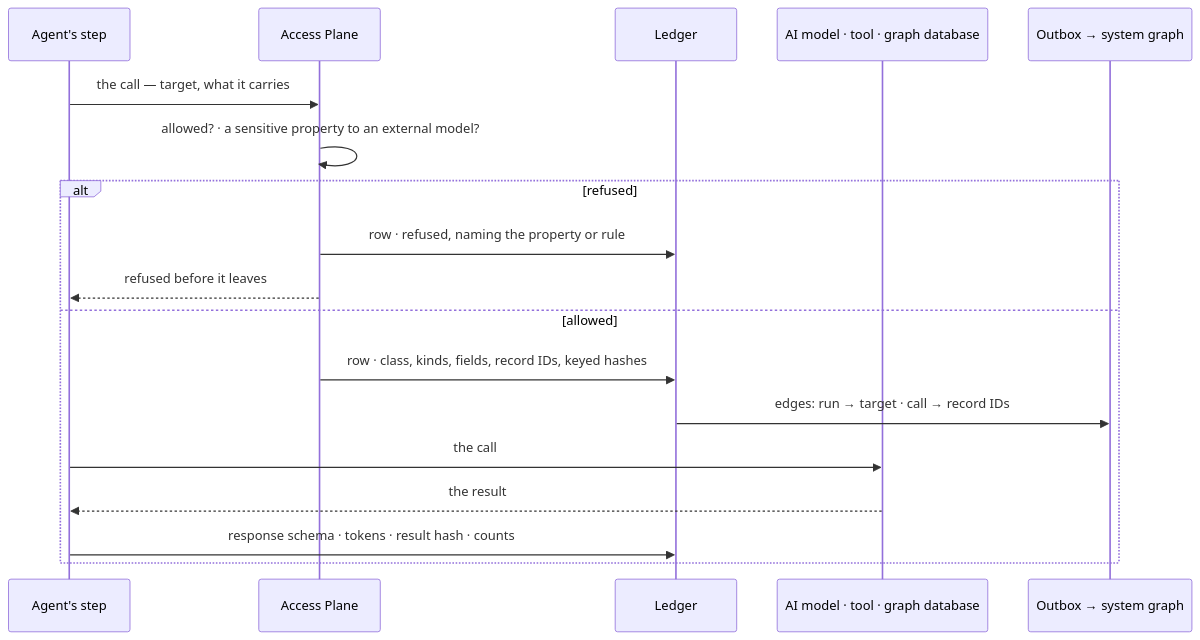
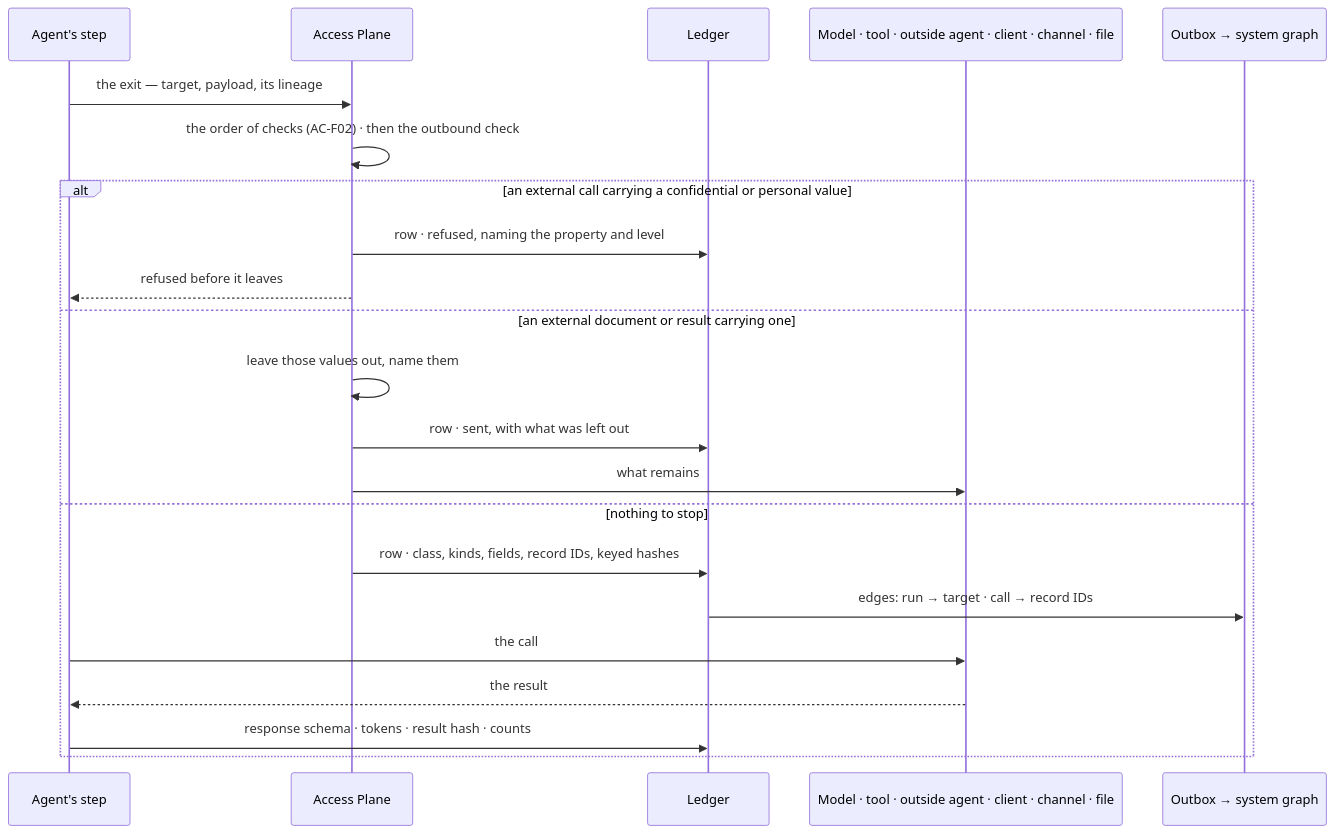
One commit to invana/invana changed the second of 2 diagrams in specs/os/access/features/AC-F09-what-left-the-platform/feature.md. Above: the diagram before and after it, drawn with Mermaid. The commit also changed other lines of this file and 300 other files, not shown here.

````diff
--- a/specs/os/access/features/AC-F09-what-left-the-platform/feature.md
+++ b/specs/os/access/features/AC-F09-what-left-the-platform/feature.md
@@ -39,20 +47,24 @@
 ```mermaid
 sequenceDiagram
   participant A as Agent's step
   participant X as Access Plane
   participant L as Ledger
-  participant T as AI model · tool · graph database
+  participant T as Model · tool · outside agent · client · channel · file
   participant O as Outbox → system graph
-  A->>X: the call — target, what it carries
-  X->>X: allowed? · a sensitive property to an external model?
-  alt refused
-    X->>L: row · refused, naming the property or rule
+  A->>X: the exit — target, payload, its lineage
+  X->>X: the order of checks (AC-F02) · then the outbound check
+  alt an external call carrying a confidential or personal value
+    X->>L: row · refused, naming the property and level
     X-->>A: refused before it leaves
-  else allowed
+  else an external document or result carrying one
+    X->>X: leave those values out, name them
+    X->>L: row · sent, with what was left out
+    X->>T: what remains
+  else nothing to stop
     X->>L: row · class, kinds, fields, record IDs, keyed hashes
     L->>O: edges: run → target · call → record IDs
     A->>T: the call
     T-->>A: the result
     A->>L: response schema · tokens · result hash · counts
   end
 ```
````
